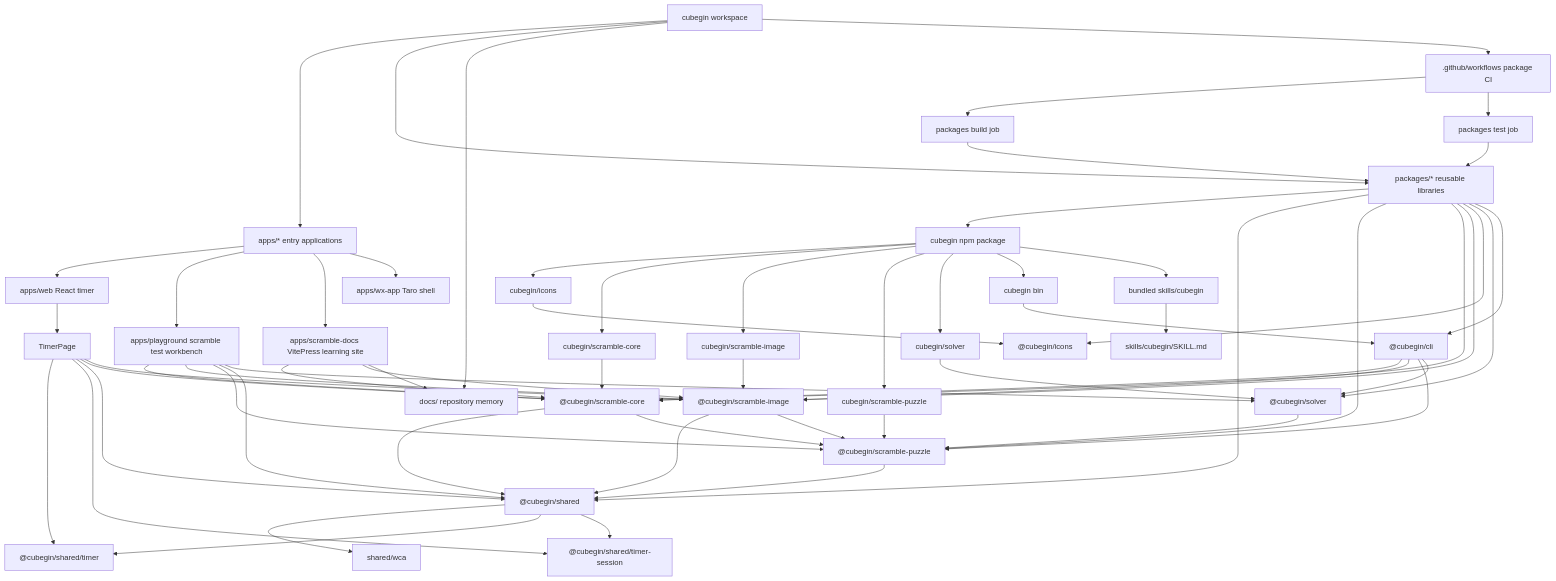
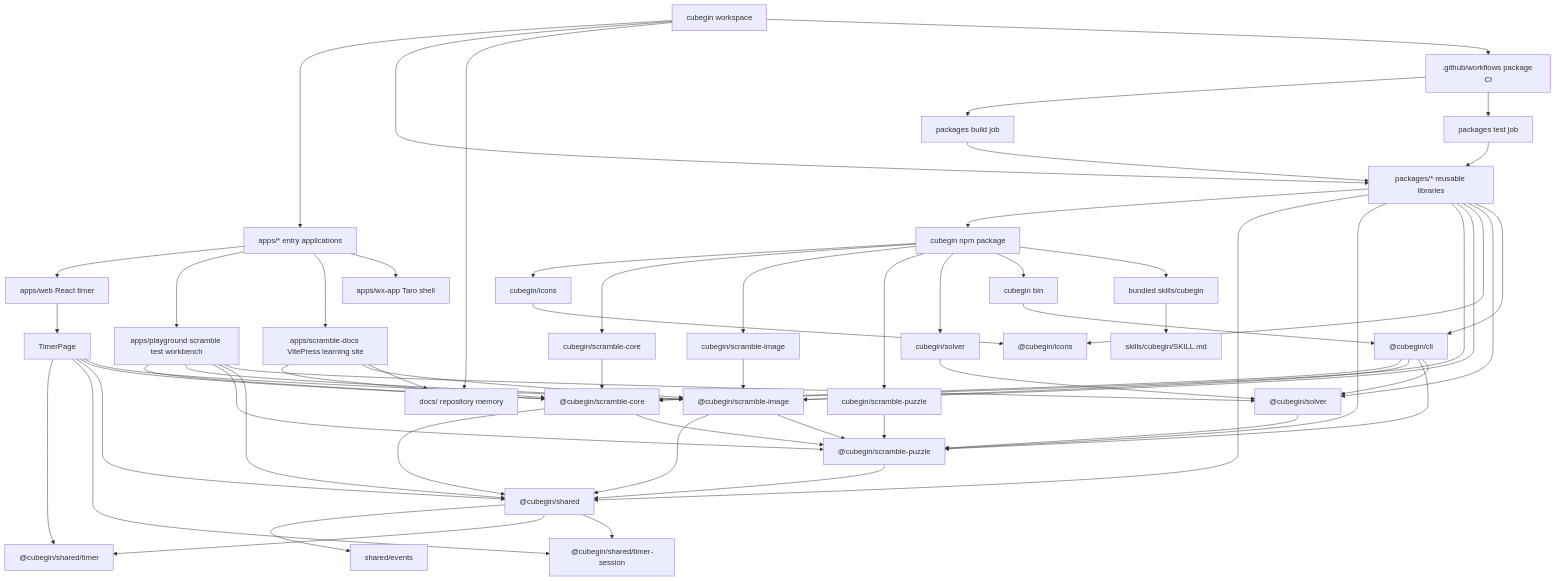
Before and after one commit to deweyou/cube-kit: the diagram in docs/project-structure.md, drawn with Mermaid. The commit also changed other lines of this file and 121 other files, not shown here.

````diff
--- a/docs/project-structure.md
+++ b/docs/project-structure.md
@@ -3,64 +3,64 @@
 ```mermaid
 flowchart TD
     Root["cubegin workspace"] --> Apps["apps/* entry applications"]
     Root --> Packages["packages/* reusable libraries"]
     Root --> Docs["docs/ repository memory"]
     Root --> Ci[".github/workflows package CI"]
     Apps --> Web["apps/web React timer"]
     Apps --> Playground["apps/playground scramble test workbench"]
     Apps --> ScrambleDocs["apps/scramble-docs VitePress learning site"]
     Apps --> Wx["apps/wx-app Taro shell"]
     Web --> TimerPage["TimerPage"]
     TimerPage --> SharedTimer["@cubegin/shared/timer"]
     TimerPage --> SharedTimerSession["@cubegin/shared/timer-session"]
     Packages --> PublicCore["cubegin npm package"]
     Packages --> SharedPkg["@cubegin/shared"]
     Packages --> PuzzlePkg["@cubegin/scramble-puzzle"]
     Packages --> CorePkg["@cubegin/scramble-core"]
     Packages --> ImagePkg["@cubegin/scramble-image"]
     Packages --> IconsPkg["@cubegin/icons"]
     Packages --> SolverPkg["@cubegin/solver"]
     Packages --> CliPkg["@cubegin/cli"]
     PublicCore --> IconPath["cubegin/icons"]
     PublicCore --> CorePath["cubegin/scramble-core"]
     PublicCore --> ImagePath["cubegin/scramble-image"]
     PublicCore --> PuzzlePath["cubegin/scramble-puzzle"]
     PublicCore --> SolverPath["cubegin/solver"]
     PublicCore --> Bin["cubegin bin"]
     PublicCore --> Skills["bundled skills/cubegin"]
     CorePath --> CorePkg
     ImagePath --> ImagePkg
     PuzzlePath --> PuzzlePkg
     IconPath --> IconsPkg
     SolverPath --> SolverPkg
     Bin --> CliPkg
     Skills --> CliSkill["skills/cubegin/SKILL.md"]
-    SharedPkg --> SharedWca["shared/wca"]
+    SharedPkg --> SharedEvents["shared/events"]
     SharedPkg --> SharedTimer
     SharedPkg --> SharedTimerSession
     CorePkg --> SharedPkg
     CorePkg --> PuzzlePkg
     ImagePkg --> SharedPkg
     ImagePkg --> PuzzlePkg
     SolverPkg --> PuzzlePkg
     PuzzlePkg --> SharedPkg
     CliPkg --> CorePkg
     CliPkg --> ImagePkg
     CliPkg --> PuzzlePkg
     CliPkg --> SolverPkg
     TimerPage --> SharedPkg
     TimerPage --> CorePkg
     TimerPage --> ImagePkg
     Playground --> CorePkg
     Playground --> ImagePkg
     Playground --> PuzzlePkg
     Playground --> SharedPkg
     Playground --> SolverPkg
     ScrambleDocs --> CorePkg
     ScrambleDocs --> ImagePkg
     ScrambleDocs --> Docs
     Ci --> PackageBuild["packages build job"]
     Ci --> PackageTest["packages test job"]
     PackageBuild --> Packages
     PackageTest --> Packages
 ```
````
